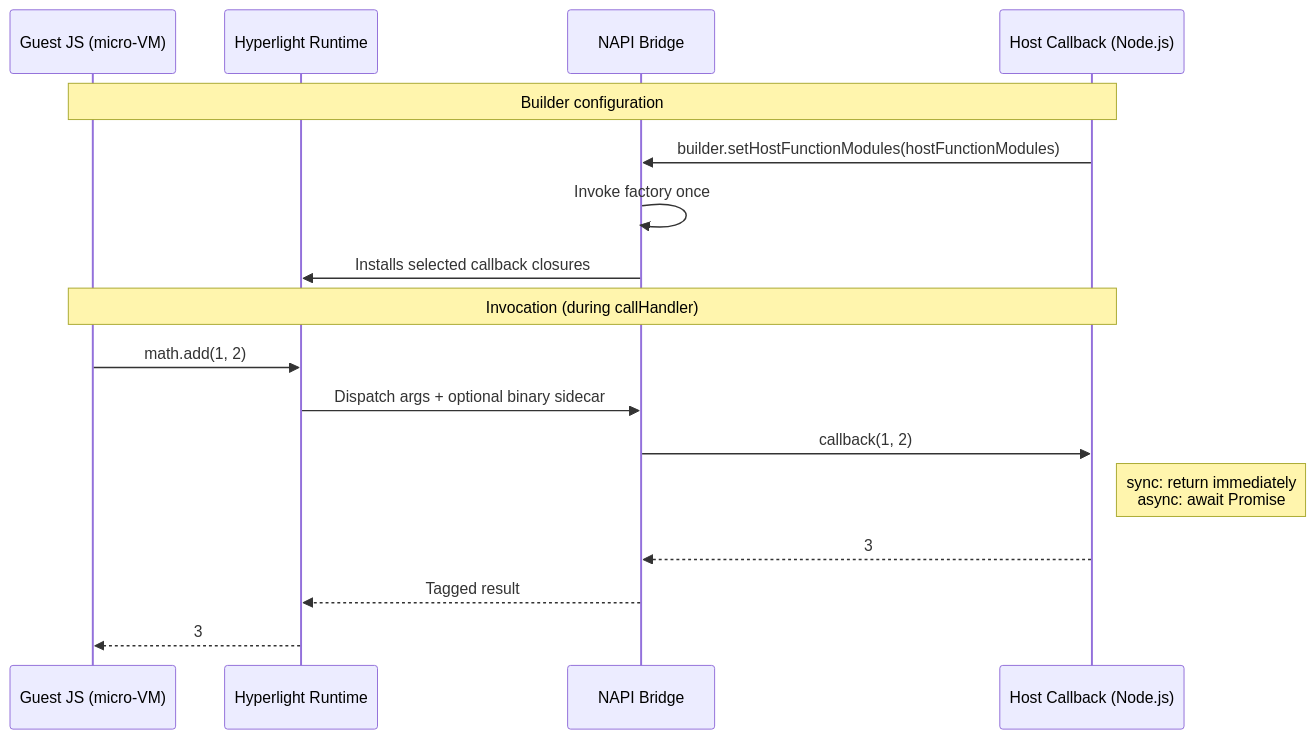
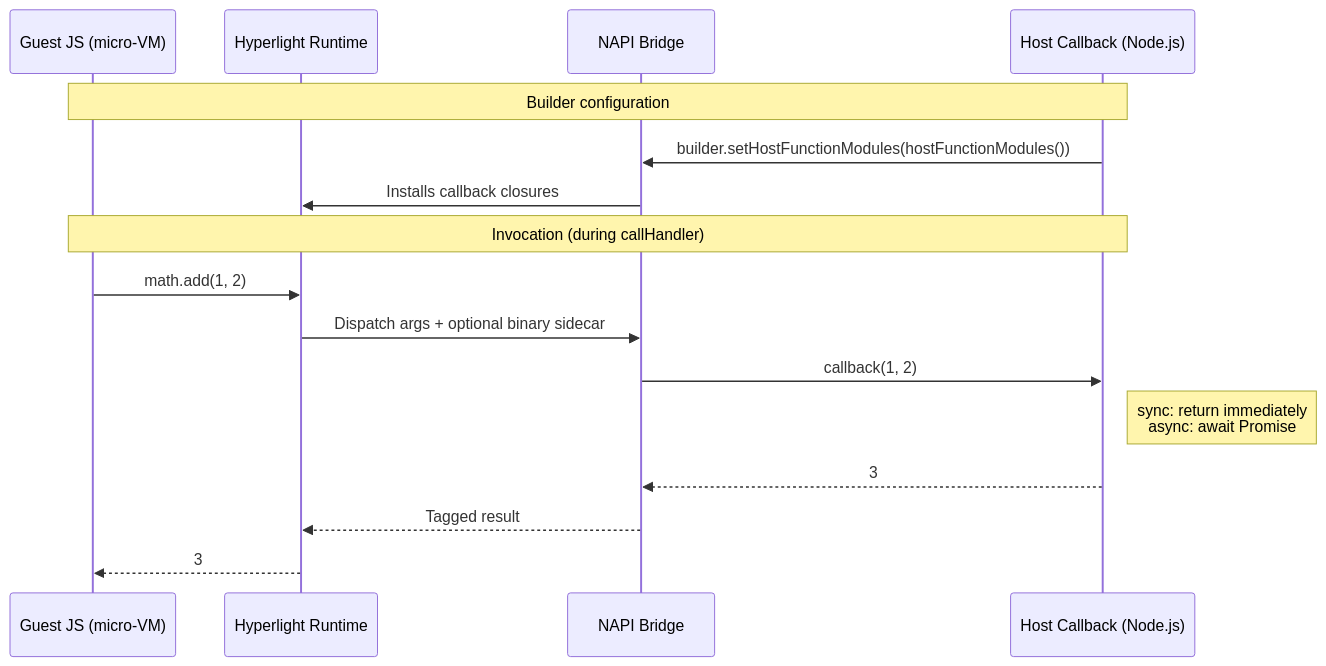
One commit to hyperlight-dev/hyperlight-js changed the diagram in src/js-host-api/README.md. Above: the diagram before and after it, drawn with Mermaid. The commit also changed other lines of this file and 22 other files, not shown here.

````diff
--- a/src/js-host-api/README.md
+++ b/src/js-host-api/README.md
@@ -374,21 +375,20 @@
 ```mermaid
 sequenceDiagram
     participant Guest as Guest JS (micro-VM)
     participant HL as Hyperlight Runtime
     participant Bridge as NAPI Bridge
     participant Host as Host Callback (Node.js)
 
     Note over Guest,Host: Builder configuration
-    Host->>Bridge: builder.setHostFunctionModules(hostFunctionModules)
-    Bridge->>Bridge: Invoke factory once
-    Bridge->>HL: Installs selected callback closures
+    Host->>Bridge: builder.setHostFunctionModules(hostFunctionModules())
+    Bridge->>HL: Installs callback closures
 
     Note over Guest,Host: Invocation (during callHandler)
     Guest->>HL: math.add(1, 2)
     HL->>Bridge: Dispatch args + optional binary sidecar
     Bridge->>Host: callback(1, 2)
     Note right of Host: sync: return immediately<br/>async: await Promise
     Host-->>Bridge: 3
     Bridge-->>HL: Tagged result
     HL-->>Guest: 3
 ```
````
